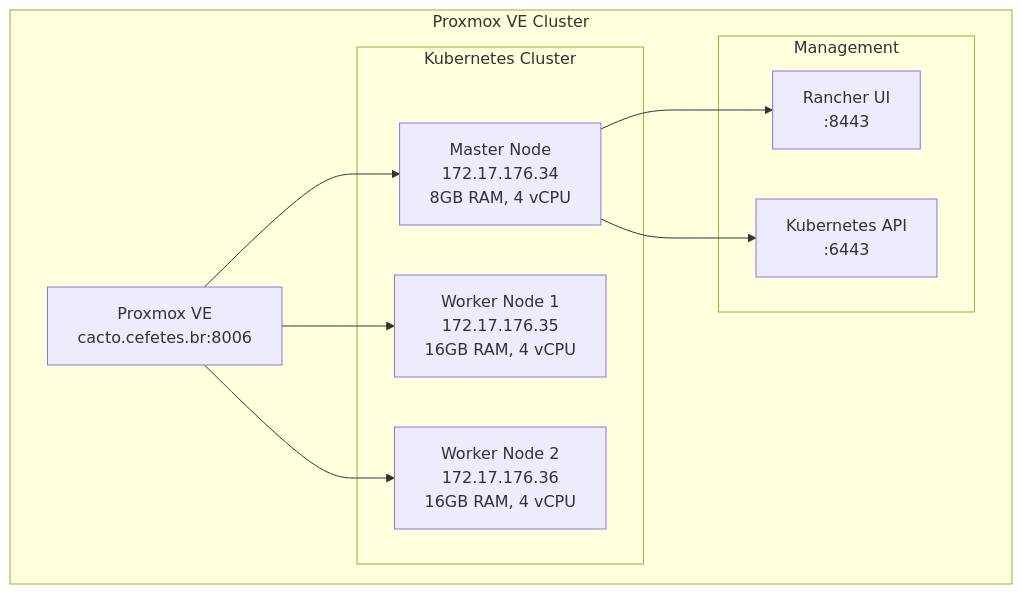
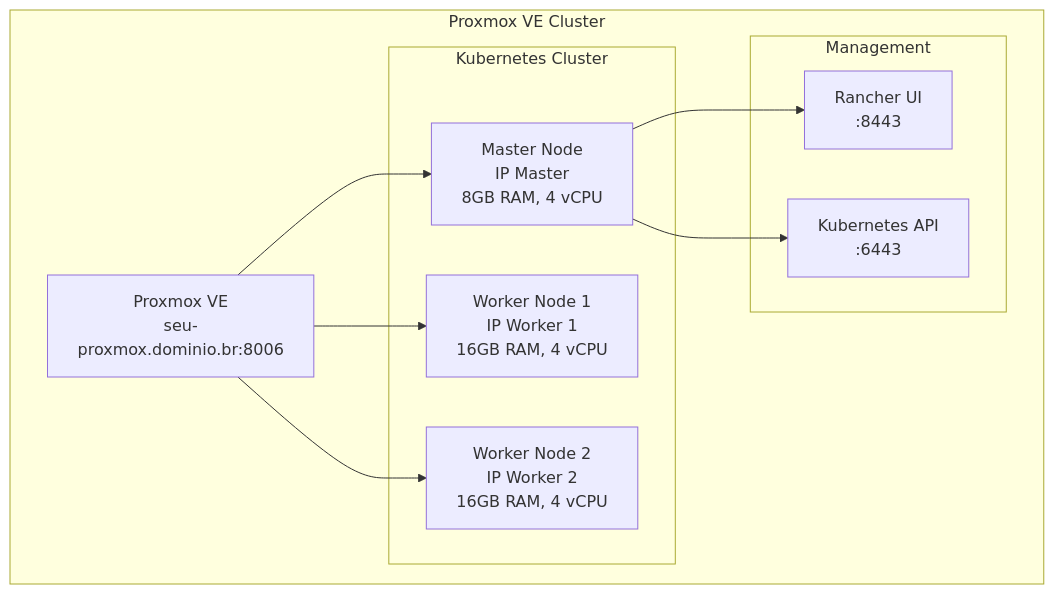
The diagram in README.md (wagnerpf/Proxmox-VE-_cluster-Kubernetes_Rancher), drawn with Mermaid before and after one commit. The commit also changed other lines of this file, not shown here.

````diff
--- a/README.md
+++ b/README.md
@@ -43,23 +43,23 @@
 ```mermaid
 graph TB
-    subgraph "Proxmox VE Cluster"
-        PM[Proxmox VE<br/>cacto.cefetes.br:8006]
-        
-        subgraph "Kubernetes Cluster"
-            M1[Master Node<br/>172.17.176.34<br/>8GB RAM, 4 vCPU]
-            W1[Worker Node 1<br/>172.17.176.35<br/>16GB RAM, 4 vCPU]
-            W2[Worker Node 2<br/>172.17.176.36<br/>16GB RAM, 4 vCPU]
-        end
-        
-        subgraph "Management"
-            R[Rancher UI<br/>:8443]
-            K[Kubernetes API<br/>:6443]
-        end
+  subgraph "Proxmox VE Cluster"
+    PM[Proxmox VE<br/>seu-proxmox.dominio.br:8006]
+    
+    subgraph "Kubernetes Cluster"
+      M1[Master Node<br/>IP Master<br/>8GB RAM, 4 vCPU]
+      W1[Worker Node 1<br/>IP Worker 1<br/>16GB RAM, 4 vCPU]
+      W2[Worker Node 2<br/>IP Worker 2<br/>16GB RAM, 4 vCPU]
     end
     
-    PM --> M1
-    PM --> W1
-    PM --> W2
-    M1 --> R
-    M1 --> K
+    subgraph "Management"
+      R[Rancher UI<br/>:8443]
+      K[Kubernetes API<br/>:6443]
+    end
+  end
+  
+  PM --> M1
+  PM --> W1
+  PM --> W2
+  M1 --> R
+  M1 --> K
 ```
````
